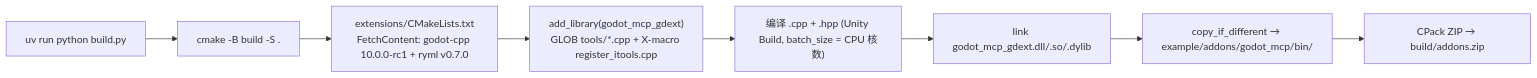
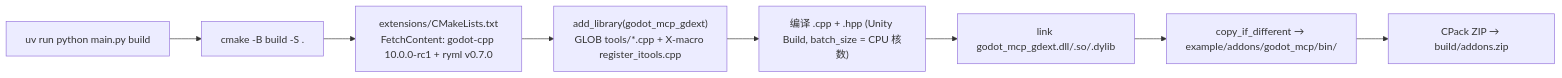
The second of 2 diagrams in .repo_wiki/specification/project-structure.md (jesspig/GodotMCP-GDExtension), drawn with Mermaid before and after one commit. The commit also changed other lines of this file and 21 other files, not shown here.

````diff
--- a/.repo_wiki/specification/project-structure.md
+++ b/.repo_wiki/specification/project-structure.md
@@ -72,10 +72,10 @@
 ```mermaid
 flowchart LR
-    A["uv run python build.py"] --> B["cmake -B build -S ."]
+    A["uv run python main.py build"] --> B["cmake -B build -S ."]
     B --> C["extensions/CMakeLists.txt<br/>FetchContent: godot-cpp 10.0.0-rc1 + ryml v0.7.0"]
     C --> D["add_library(godot_mcp_gdext)<br/>GLOB tools/*.cpp + X-macro register_itools.cpp"]
     D --> E["编译 .cpp + .hpp (Unity Build, batch_size = CPU 核数)"]
     E --> F["link godot_mcp_gdext.dll/.so/.dylib"]
     F --> G["copy_if_different → example/addons/godot_mcp/bin/"]
     G --> H["CPack ZIP → build/addons.zip"]
 ```
````
